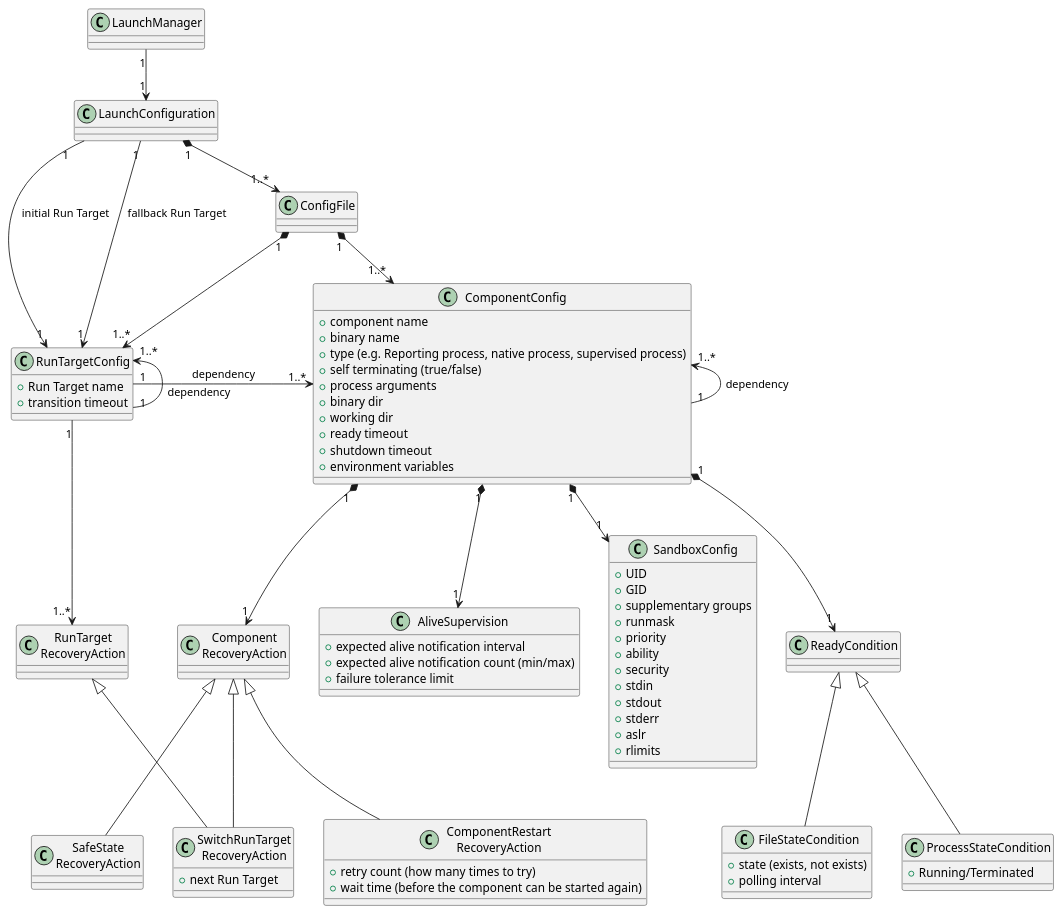
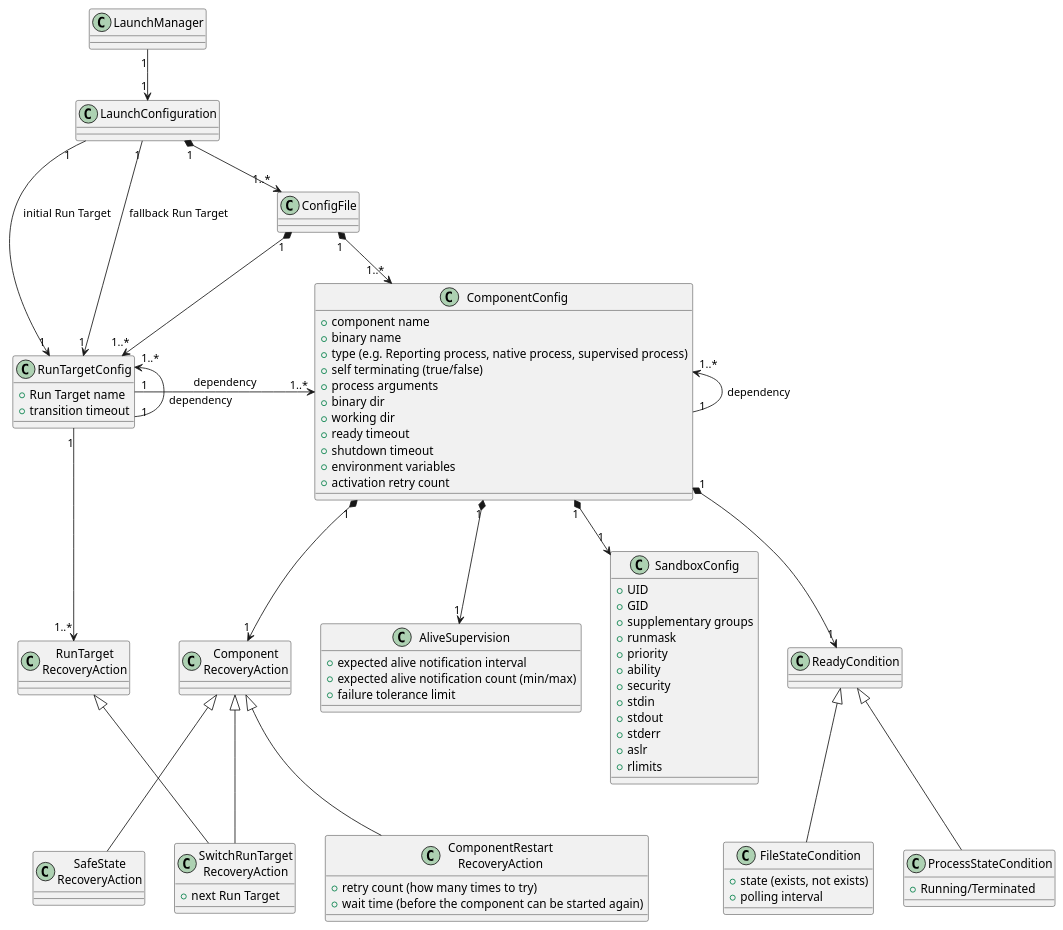
One commit to eclipse-score/lifecycle changed the diagram in docs/features/lifecycle/architecture/_assets/config_params_static.puml. Above: the diagram before and after it, drawn with PlantUML. The commit also changed 6 other files, not shown here.

```diff
--- a/docs/features/lifecycle/architecture/_assets/config_params_static.puml
+++ b/docs/features/lifecycle/architecture/_assets/config_params_static.puml
@@ -14,109 +14,110 @@
 @startuml "Abstract Launch Manager Configuration Structure"
 
 class LaunchManager
 {
 
 }
 
 class LaunchConfiguration
 {
 }
 
 LaunchManager "1" --> "1" LaunchConfiguration
 LaunchConfiguration "1" -d-> "1" RunTargetConfig : initial Run Target
 LaunchConfiguration "1" -d-> "1" RunTargetConfig : fallback Run Target
 
 class ConfigFile
 {
 
 }
 
 LaunchConfiguration "1" *--> "1..*" ConfigFile
 
 class ComponentConfig {
 '''Component Properties'''
   + {field} component name
   + {field} binary name
   + {field} type (e.g. Reporting process, native process, supervised process)
   + {field} self terminating (true/false)
   + {field} process arguments
 '''Deployment Properties'''
   + {field} binary dir
   + {field} working dir
   + {field} ready timeout
   + {field} shutdown timeout
   + {field} environment variables
+  + {field} activation retry count
 }
 
 class RunTargetConfig {
     + {field} Run Target name
     + {field} transition timeout
 }
 
 class RunTargetRecoveryAction as "RunTarget\nRecoveryAction" {}
 
 RunTargetConfig "1" -d-> "1..*" RunTargetRecoveryAction
 
 ConfigFile "1" *-d-> "1..*" ComponentConfig
 ConfigFile "1" *-d-> "1..*" RunTargetConfig
 
 RunTargetConfig "1" -l-> "1..*" RunTargetConfig : \ndependency
 RunTargetConfig "1" -r-> "1..*" ComponentConfig : dependency
 
 class AliveSupervision {
   + {field} expected alive notification interval
   + {field} expected alive notification count (min/max)
   + {field} failure tolerance limit
 }
 
 class ComponentRecoveryAction as "Component\nRecoveryAction" {}
 class SafeStateRecoveryAction as "SafeState\nRecoveryAction" {}
 class ComponentRestartRecoveryAction as "ComponentRestart\nRecoveryAction" {
    + {field} retry count (how many times to try)
    + {field} wait time (before the component can be started again)
 }
 SafeStateRecoveryAction -u-|> ComponentRecoveryAction
 ComponentRestartRecoveryAction -u-|> ComponentRecoveryAction
 
 class SwitchRunTargetRecoveryAction as "SwitchRunTarget\nRecoveryAction" {
    + {field} next Run Target
 }
 SwitchRunTargetRecoveryAction -u-|> RunTargetRecoveryAction
 SwitchRunTargetRecoveryAction -u-|> ComponentRecoveryAction
 
 class ReadyCondition {}
 
 class FileStateCondition {
   + {field} state (exists, not exists)
   + {field} polling interval
 }
 
 class ProcessStateCondition {
   + {field} Running/Terminated
 }
 
 FileStateCondition -up-|> ReadyCondition
 ProcessStateCondition -up-|> ReadyCondition
 
 class SandboxConfig {
   + {field} UID
   + {field} GID
   + {field} supplementary groups
   + {field} runmask
   + {field} priority
   + {field} ability
   + {field} security
   + {field} stdin
   + {field} stdout
   + {field} stderr
   + {field} aslr
   + {field} rlimits
 }
 
 ComponentConfig "1" -l-> "1..*" ComponentConfig: dependency
 ComponentConfig "1" *-d-> "1" ReadyCondition
 ComponentConfig "1" *-d-> "1" AliveSupervision
 ComponentConfig "1" *--> "1" SandboxConfig
 ComponentConfig "1" *--> "1" ComponentRecoveryAction
 
 @enduml
```
